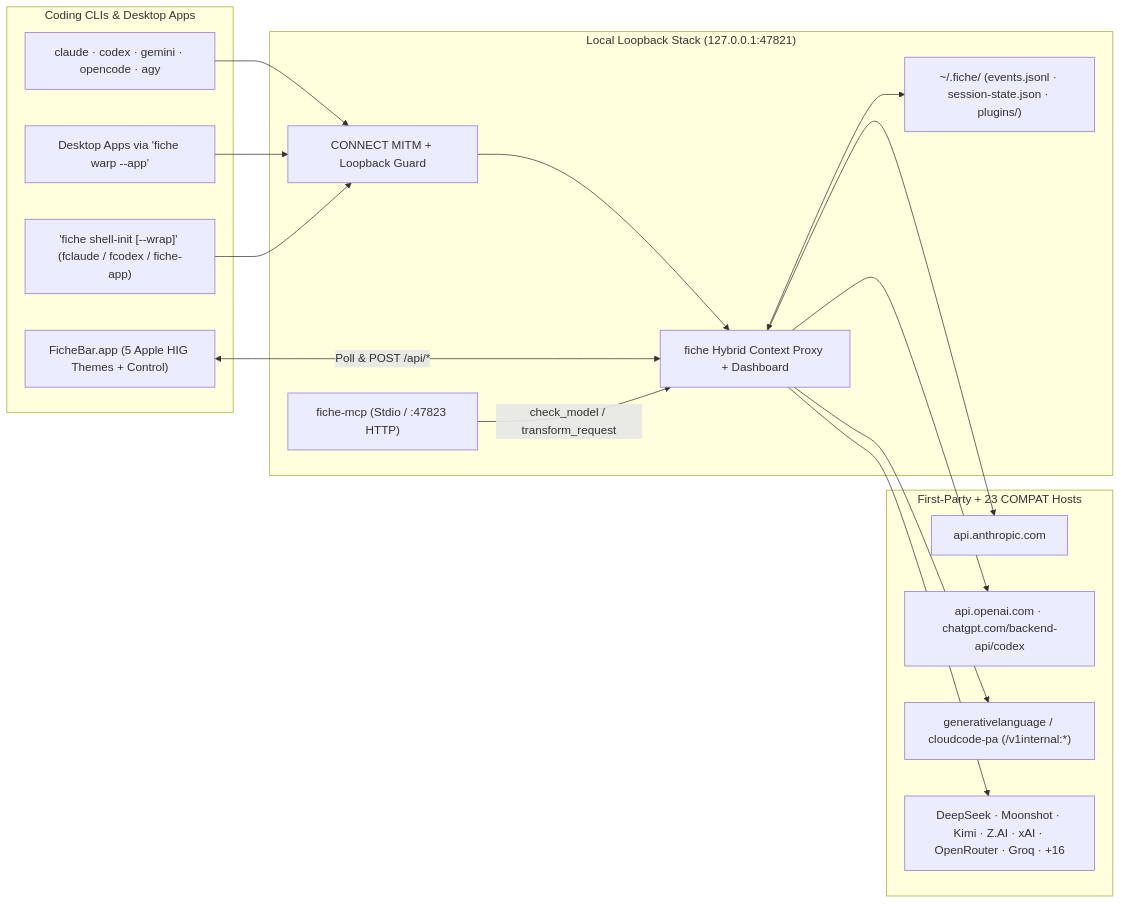
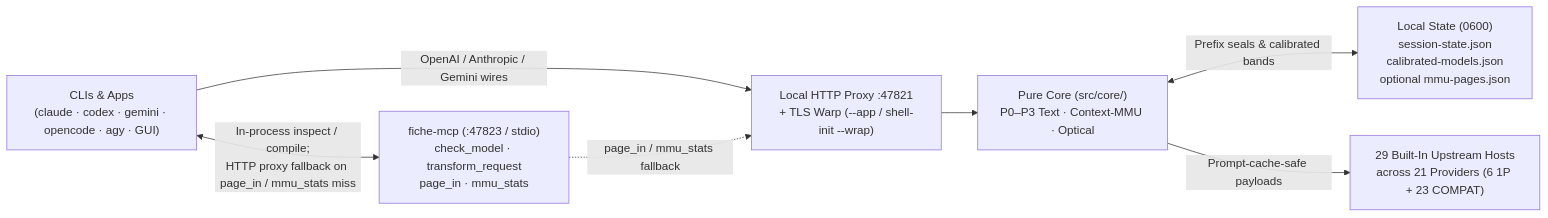
Before and after one commit to sriinnu/fiche: the diagram in wiki/Architecture.md, drawn with Mermaid. The commit also changed other lines of this file and 150 other files, not shown here.

First line of the commit message:
release: Fiche v0.19.0 — Context-MMU, PrefixMemoTape, Hybrid Slab-Optical, Tracks A–F & FicheBar 0.19.0 (#35)

````diff
--- a/wiki/Architecture.md
+++ b/wiki/Architecture.md
@@ -13,35 +7,16 @@
 ```mermaid
 flowchart LR
-  subgraph CLIENTS["Coding CLIs & Desktop Apps"]
-    CLIS["claude · codex · gemini · opencode · agy"]
-    APPS["Desktop Apps via 'fiche warp --app'"]
-    SHELL["'fiche shell-init [--wrap]' (fclaude / fcodex / fiche-app)"]
-    BAR["FicheBar.app (5 Apple HIG Themes + Control)"]
-  end
+  Clients["CLIs & Apps\n(claude · codex · gemini · opencode · agy · GUI)"]
+  Warp["Local HTTP Proxy :47821\n+ TLS Warp (--app / shell-init --wrap)"]
+  Core["Pure Core (src/core/)\nP0–P3 Text · Context-MMU · Optical"]
+  State["Local State (0600)\nsession-state.json\ncalibrated-models.json\noptional mmu-pages.json"]
+  MCP["fiche-mcp (:47823 / stdio)\ncheck_model · transform_request\npage_in · mmu_stats"]
+  Upstream["29 Built-In Upstream Hosts\nacross 21 Providers (6 1P + 23 COMPAT)"]
 
-  subgraph LOCAL["Local Loopback Stack (127.0.0.1:47821)"]
-    WARP["CONNECT MITM + Loopback Guard"]
-    PROXY["fiche Hybrid Context Proxy + Dashboard"]
-    MCP["fiche-mcp (Stdio / :47823 HTTP)"]
-    STATE["~/.fiche/ (events.jsonl · session-state.json · plugins/)"]
-  end
-
-  subgraph UPSTREAM["First-Party + 23 COMPAT Hosts"]
-    ANT["api.anthropic.com"]
-    OAI["api.openai.com · chatgpt.com/backend-api/codex"]
-    GOOG["generativelanguage / cloudcode-pa (/v1internal:*)"]
-    COMPAT["DeepSeek · Moonshot · Kimi · Z.AI · xAI · OpenRouter · Groq · +16"]
-  end
-
-  CLIS --> WARP
-  APPS --> WARP
-  SHELL --> WARP
-  WARP --> PROXY
-  BAR <-->|"Poll & POST /api/*"| PROXY
-  MCP -->|"check_model / transform_request"| PROXY
-  PROXY <--> STATE
-  PROXY --> ANT
-  PROXY --> OAI
-  PROXY --> GOOG
-  PROXY --> COMPAT
+  Clients -->|"OpenAI / Anthropic / Gemini wires"| Warp
+  Warp --> Core
+  Core <-->|"Prefix seals & calibrated bands"| State
+  Core -->|"Prompt-cache-safe payloads"| Upstream
+  Clients <-->|"In-process inspect / compile;\nHTTP proxy fallback on page_in / mmu_stats miss"| MCP
+  MCP -.->|"page_in / mmu_stats fallback"| Warp
 ```
````
